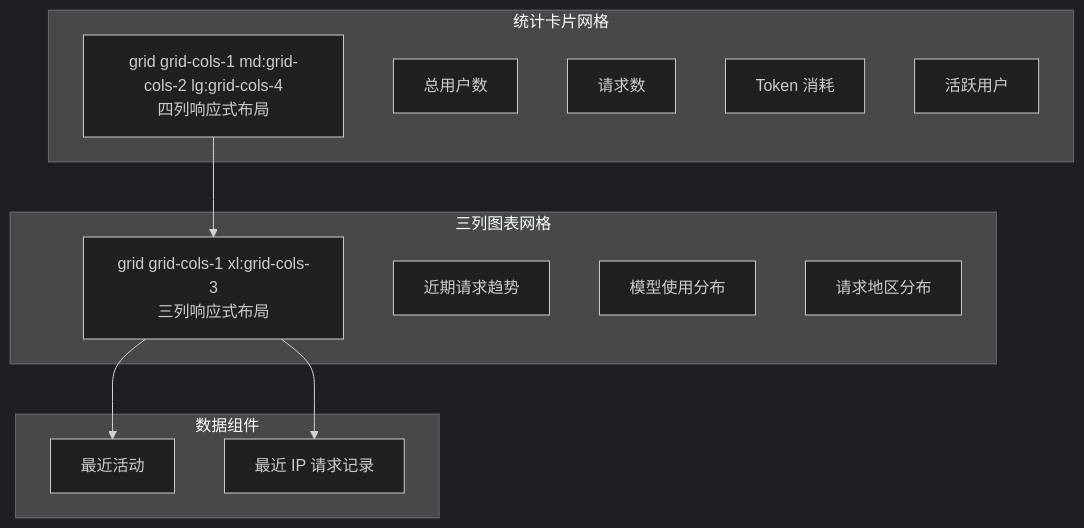
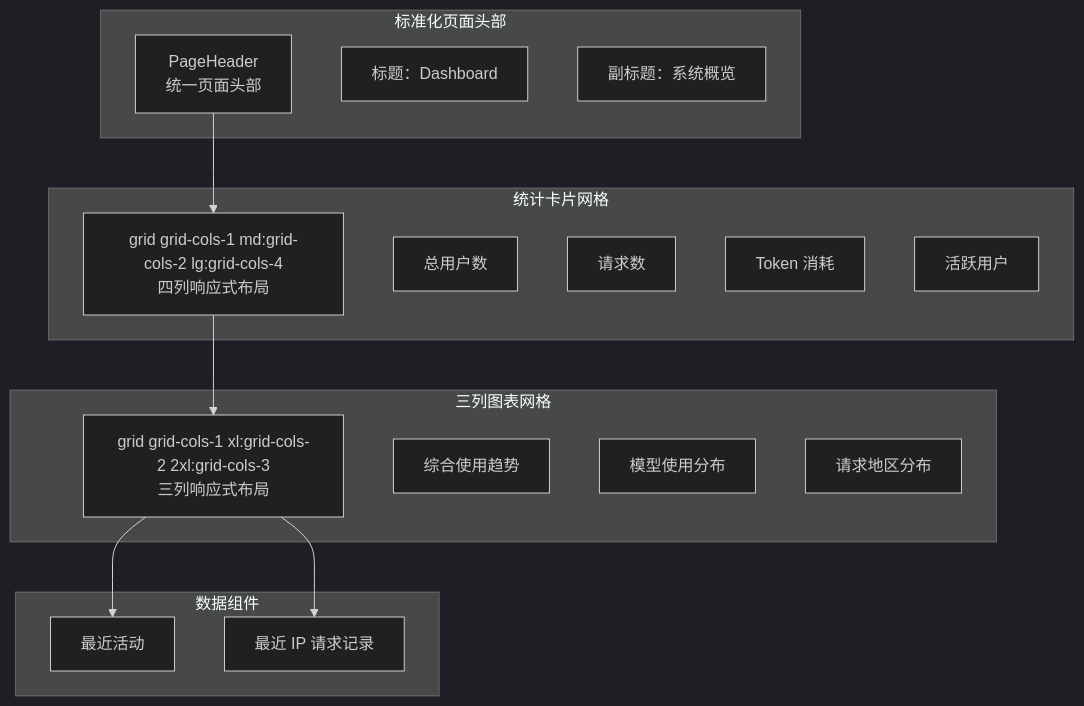
Before and after one commit to RadiumAg/AIGate: the eighth of 29 diagrams in .qoder/repowiki/zh/content/前端组件/仪表板布局.md, drawn with Mermaid (dark theme). The commit also changed other lines of this file and 4 other files, not shown here.

````diff
--- a/.qoder/repowiki/zh/content/前端组件/仪表板布局.md
+++ b/.qoder/repowiki/zh/content/前端组件/仪表板布局.md
@@ -432,23 +480,29 @@
 ```mermaid
 graph TB
+subgraph "标准化页面头部"
+PageHeader["PageHeader<br/>统一页面头部"]
+Title["标题：Dashboard"]
+Subtitle["副标题：系统概览"]
+end
 subgraph "统计卡片网格"
 StatsGrid["grid grid-cols-1 md:grid-cols-2 lg:grid-cols-4<br/>四列响应式布局"]
 StatCard1["总用户数"]
 StatCard2["请求数"]
 StatCard3["Token 消耗"]
 StatCard4["活跃用户"]
 end
 subgraph "三列图表网格"
-ChartsGrid["grid grid-cols-1 xl:grid-cols-3<br/>三列响应式布局"]
-UsageChart["近期请求趋势"]
+ChartsGrid["grid grid-cols-1 xl:grid-cols-2 2xl:grid-cols-3<br/>三列响应式布局"]
+CombinedTrend["综合使用趋势"]
 ModelChart["模型使用分布"]
 RegionChart["请求地区分布"]
 end
 subgraph "数据组件"
 Activity["最近活动"]
 IpRequests["最近 IP 请求记录"]
 end
+PageHeader --> StatsGrid
 StatsGrid --> ChartsGrid
 ChartsGrid --> Activity
 ChartsGrid --> IpRequests
 ```
````
